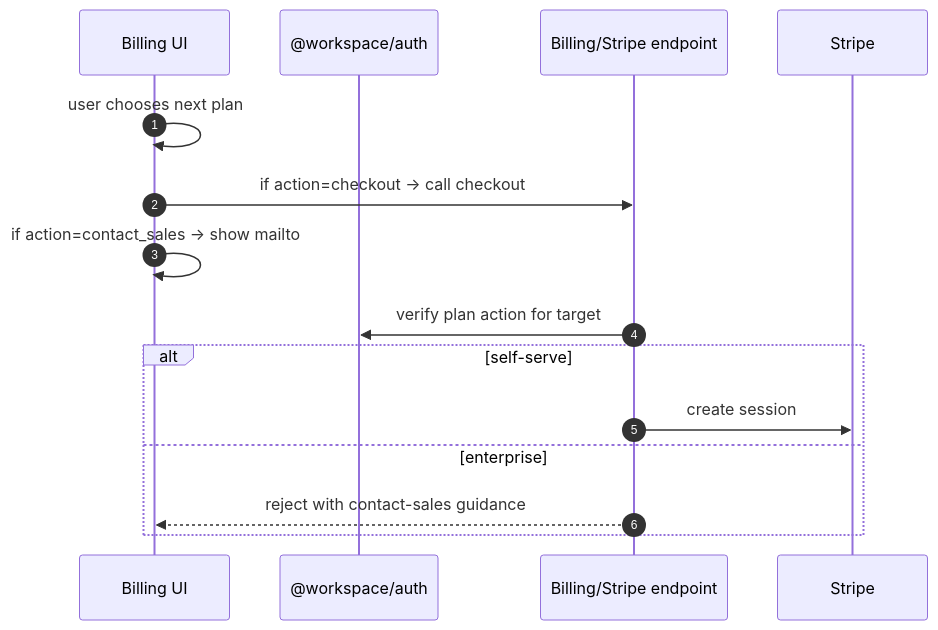
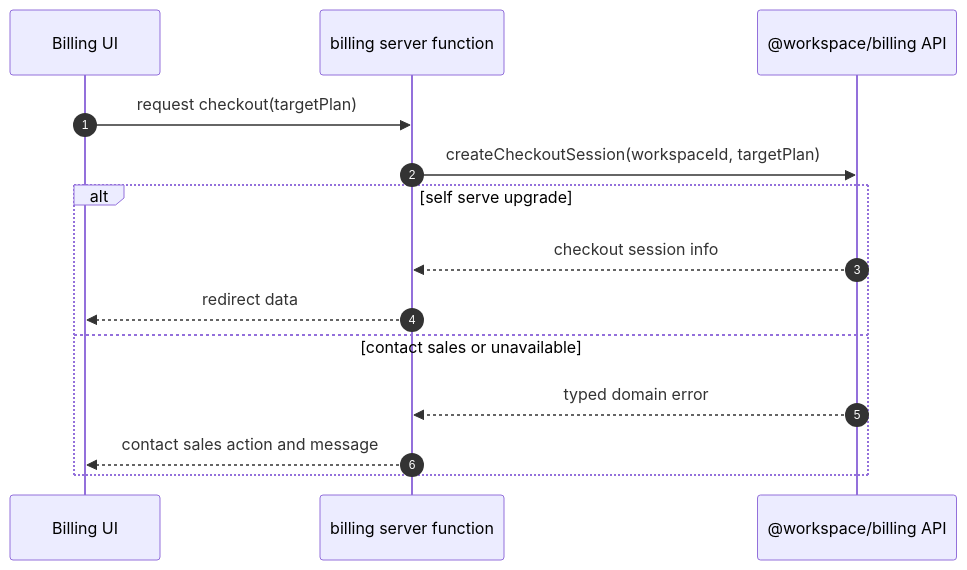
One commit to 5amfung/saas-starter-template changed the fourth of 4 diagrams in docs/design/enterprise-billing-modular-architecture.md. Above: the diagram before and after it, drawn with Mermaid. The commit also changed other lines of this file and 13 other files, not shown here.

First line of the commit message:
fix(billing): harden entitlement boundaries and enterprise CTA semantics

````diff
--- a/docs/design/enterprise-billing-modular-architecture.md
+++ b/docs/design/enterprise-billing-modular-architecture.md
@@ -220,17 +192,17 @@
 ```mermaid
 sequenceDiagram
   autonumber
   participant UI as Billing UI
-  participant S as @workspace/auth
-  participant P as Billing/Stripe endpoint
+  participant WEB as billing server function
+  participant BILL as @workspace/billing API
 
-  UI->>UI: user chooses next plan
-  UI->>P: if action=checkout -> call checkout
-  UI->>UI: if action=contact_sales -> show mailto
-  P->>S: verify plan action for target
-  alt self-serve
-    P->>Stripe: create session
-  else enterprise
-    P-->>UI: reject with contact-sales guidance
+  UI->>WEB: request checkout(targetPlan)
+  WEB->>BILL: createCheckoutSession(workspaceId, targetPlan)
+  alt self serve upgrade
+    BILL-->>WEB: checkout session info
+    WEB-->>UI: redirect data
+  else contact sales or unavailable
+    BILL-->>WEB: typed domain error
+    WEB-->>UI: contact sales action and message
   end
 ```
````
